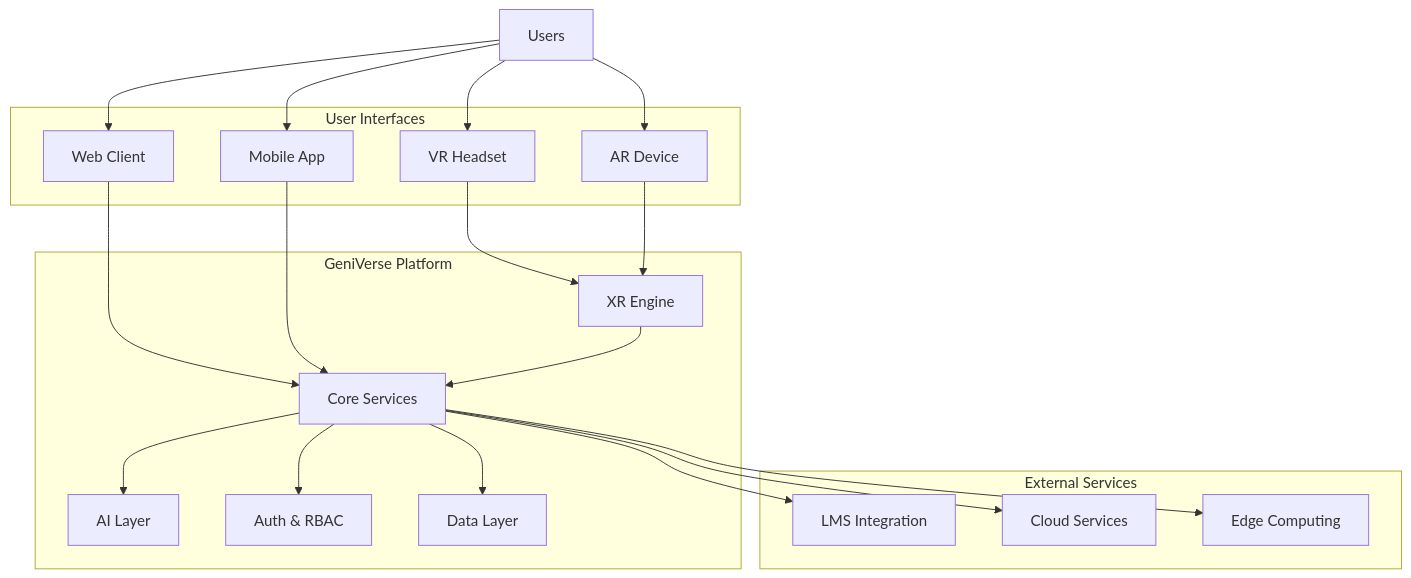
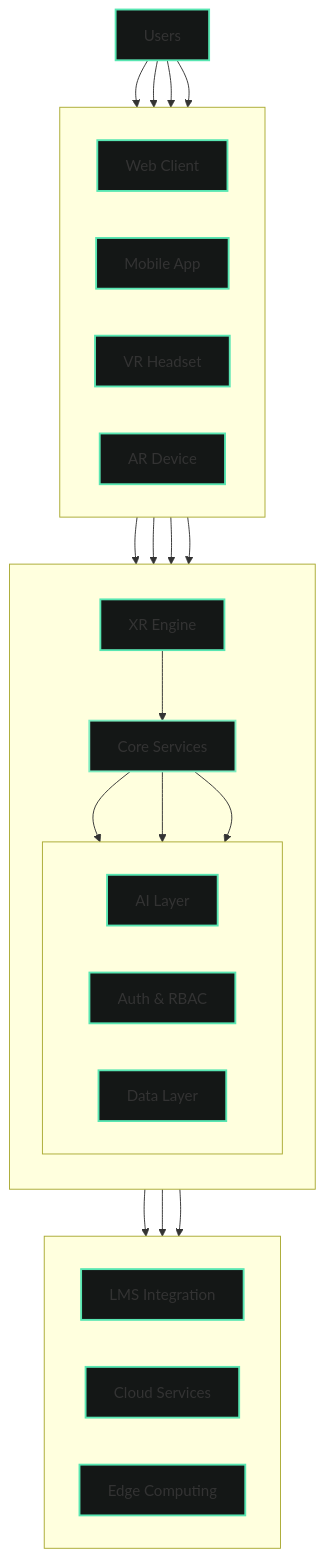
Before and after one commit to ivmarch/geniverse-docs: the diagram in docs/overview.md, drawn with Mermaid. The commit also changed other lines of this file and 11 other files, not shown here.

Commit message:
Refactor System Architecture diagram with improved layout and add component descriptions

````diff
--- a/docs/overview.md
+++ b/docs/overview.md
@@ -19,42 +19,64 @@
 ```mermaid
 graph TB
-    subgraph "GeniVerse Platform"
-        AI[AI Layer]
-        XR[XR Engine]
-        Core[Core Services]
-        Auth[Auth & RBAC]
-        Data[Data Layer]
-    end
+    User[Users]
     
-    subgraph "User Interfaces"
+    subgraph UI[" "]
+        direction LR
         Web[Web Client]
         Mobile[Mobile App]
         VR[VR Headset]
         AR[AR Device]
     end
     
-    subgraph "External Services"
+    subgraph Platform[" "]
+        direction TB
+        Core[Core Services]
+        
+        subgraph PlatformServices[" "]
+            direction LR
+            AI[AI Layer]
+            Auth[Auth & RBAC]
+            Data[Data Layer]
+        end
+        
+        XR[XR Engine]
+    end
+    
+    subgraph External[" "]
+        direction LR
         LMS[LMS Integration]
         Cloud[Cloud Services]
         Edge[Edge Computing]
     end
     
-    User[Users] --> Web
+    User --> Web
     User --> Mobile
     User --> VR
     User --> AR
     
     Web --> Core
     Mobile --> Core
     VR --> XR
     AR --> XR
     
     XR --> Core
     Core --> AI
     Core --> Auth
     Core --> Data
     
     Core --> LMS
     Core --> Cloud
     Core --> Edge
+    
+    classDef userClass fill:#141716,stroke:#58E6B2,stroke-width:2px
+    classDef uiClass fill:#141716,stroke:#58E6B2,stroke-width:2px
+    classDef coreClass fill:#141716,stroke:#7CECBF,stroke-width:2px
+    classDef platformClass fill:#141716,stroke:#58E6B2,stroke-width:2px
+    classDef externalClass fill:#141716,stroke:#58E6B2,stroke-width:2px
+    
+    class User userClass
+    class Web,Mobile,VR,AR uiClass
+    class Core coreClass
+    class AI,Auth,Data,XR platformClass
+    class LMS,Cloud,Edge externalClass
 ```
````
